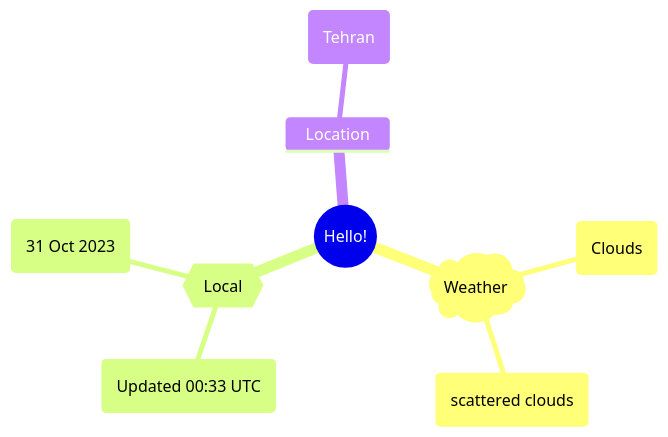
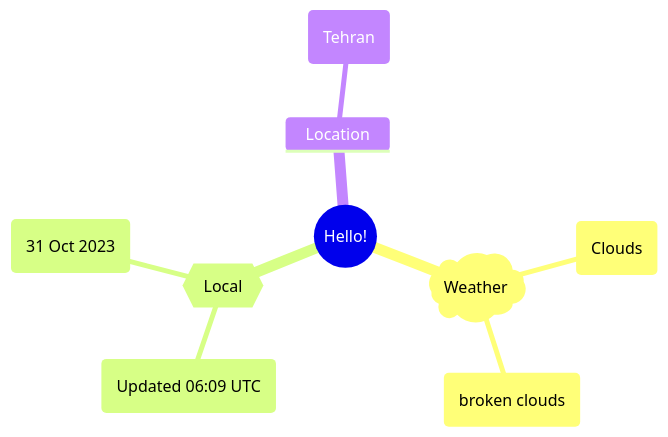
The first of 2 diagrams in README.md (Xosrov/Xosrov), drawn with Mermaid before and after one commit.

Commit message:
[bot] updated images

````diff
--- a/README.md
+++ b/README.md
@@ -3,12 +3,12 @@
 ```mermaid
 mindmap
   root((Hello!))
     )Weather(
         (Clouds)
-        (scattered clouds)
+        (broken clouds)
     {{Local}}
-        (Updated 00:33 UTC)
+        (Updated 06:09 UTC)
         (31 Oct 2023)
     Location
         (Tehran)
 ```
````
